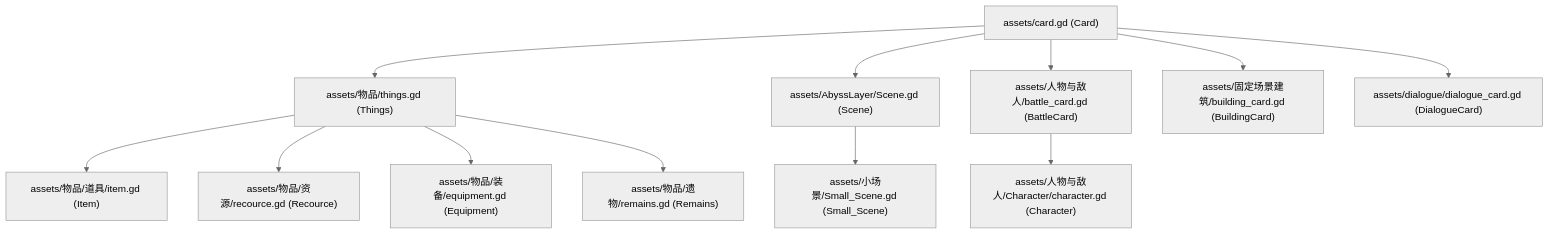
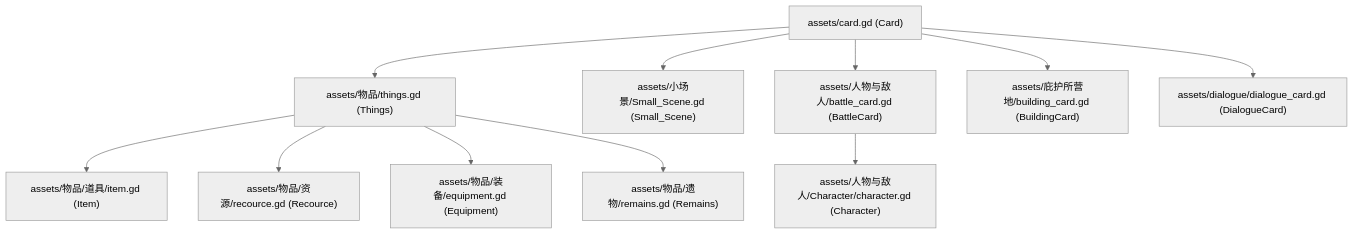
The first of 3 diagrams in .agents/skills/2d-scene-data-and-card-generation/references/09-card-inheritance-and-feature-deltas.md (three950/godot), drawn with Mermaid (neutral theme) before and after one commit. The commit also changed other lines of this file and 20 other files, not shown here.

````diff
--- a/.agents/skills/2d-scene-data-and-card-generation/references/09-card-inheritance-and-feature-deltas.md
+++ b/.agents/skills/2d-scene-data-and-card-generation/references/09-card-inheritance-and-feature-deltas.md
@@ -10,17 +10,16 @@
 ```mermaid
 graph TD
   Card["assets/card.gd (Card)"] --> Things["assets/物品/things.gd (Things)"]
   Things --> Item["assets/物品/道具/item.gd (Item)"]
   Things --> Recource["assets/物品/资源/recource.gd (Recource)"]
   Things --> Equipment["assets/物品/装备/equipment.gd (Equipment)"]
   Things --> Remains["assets/物品/遗物/remains.gd (Remains)"]
 
-  Card --> Scene["assets/AbyssLayer/Scene.gd (Scene)"]
-  Scene --> SmallScene["assets/小场景/Small_Scene.gd (Small_Scene)"]
+  Card --> SmallScene["assets/小场景/Small_Scene.gd (Small_Scene)"]
 
   Card --> BattleCard["assets/人物与敌人/battle_card.gd (BattleCard)"]
   BattleCard --> Character["assets/人物与敌人/Character/character.gd (Character)"]
 
-  Card --> BuildingCard["assets/固定场景建筑/building_card.gd (BuildingCard)"]
+  Card --> BuildingCard["assets/庇护所营地/building_card.gd (BuildingCard)"]
   Card --> DialogueCard["assets/dialogue/dialogue_card.gd (DialogueCard)"]
 ```
````
